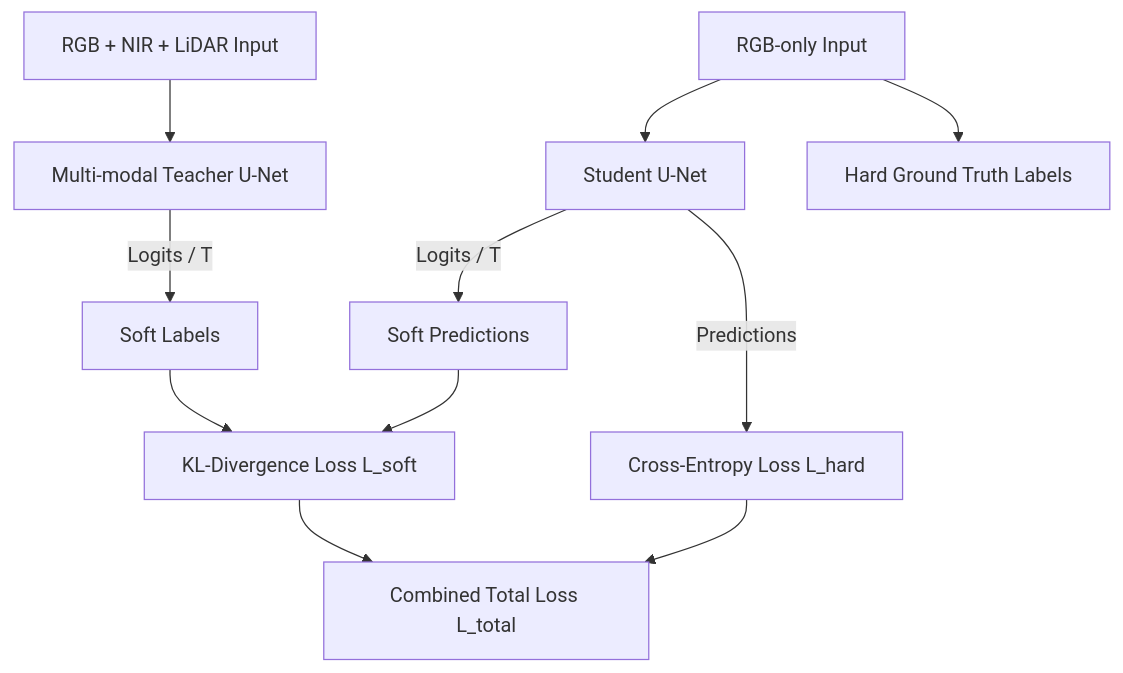
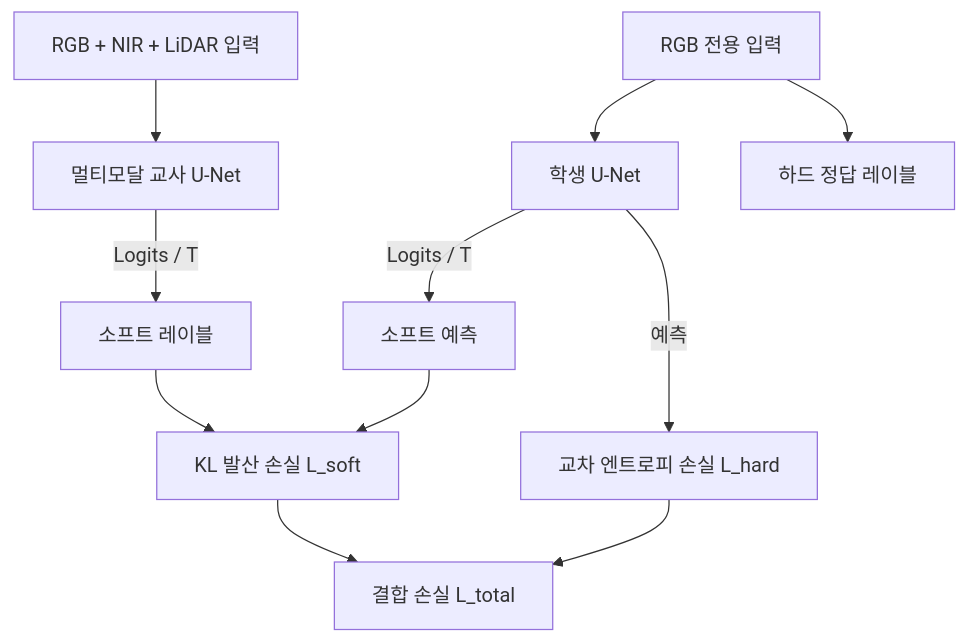
The diagram in src/pages/ko/research-and-projects/semantic-segmentation-modality-reduction.md (AlexL71/dadaboev-portfolio), drawn with Mermaid before and after one commit. The commit also changed other lines of this file and 27 other files, not shown here.

````diff
--- a/src/pages/ko/research-and-projects/semantic-segmentation-modality-reduction.md
+++ b/src/pages/ko/research-and-projects/semantic-segmentation-modality-reduction.md
@@ -44,11 +44,11 @@
 ```mermaid
 graph TD
-    A[RGB + NIR + LiDAR Input] --> B[Multi-modal Teacher U-Net]
-    B -->|Logits / T| C[Soft Labels]
-    D[RGB-only Input] --> E[Student U-Net]
-    E -->|Logits / T| F[Soft Predictions]
-    C & F --> G[KL-Divergence Loss L_soft]
-    D --> H[Hard Ground Truth Labels]
-    E -->|Predictions| I[Cross-Entropy Loss L_hard]
-    G & I --> J[Combined Total Loss L_total]
+    A[RGB + NIR + LiDAR 입력] --> B[멀티모달 교사 U-Net]
+    B -->|Logits / T| C[소프트 레이블]
+    D[RGB 전용 입력] --> E[학생 U-Net]
+    E -->|Logits / T| F[소프트 예측]
+    C & F --> G[KL 발산 손실 L_soft]
+    D --> H[하드 정답 레이블]
+    E -->|예측| I[교차 엔트로피 손실 L_hard]
+    G & I --> J[결합 손실 L_total]
 ```
````
